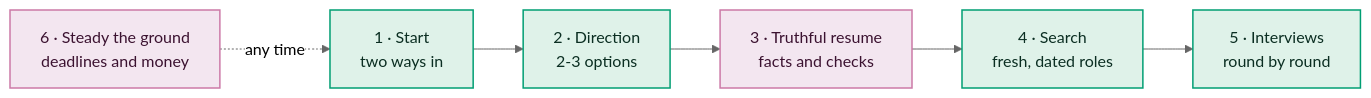
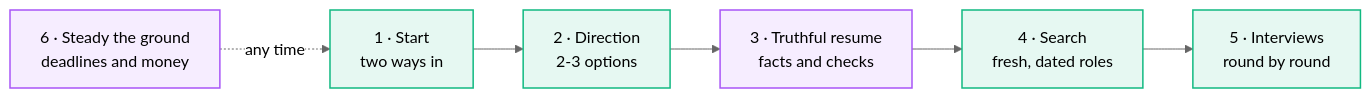
Before and after one commit to TusharSamantaray/career-copilot-mcp: the diagram in docs/TOUR.md, drawn with Mermaid (neutral theme). The commit also changed 8 other files, not shown here.

First line of the commit message:
docs: diagram palette readable on light and dark backgrounds

````diff
--- a/docs/TOUR.md
+++ b/docs/TOUR.md
@@ -9,15 +9,15 @@
 ```mermaid
 flowchart LR
-  classDef copilot fill:#DFF2E9,stroke:#009E73,color:#0B2E22,stroke-width:1.5px
-  classDef guard fill:#F3E6F0,stroke:#CC79A7,color:#3B1230,stroke-width:1.5px
+  classDef copilot fill:#10B9811A,stroke:#10B981,stroke-width:1.5px
+  classDef guard fill:#A855F71A,stroke:#A855F7,stroke-width:1.5px
 
   a["1 · Start<br/>two ways in"]:::copilot
   b["2 · Direction<br/>2-3 options"]:::copilot
   c["3 · Truthful resume<br/>facts and checks"]:::guard
   d["4 · Search<br/>fresh, dated roles"]:::copilot
   e["5 · Interviews<br/>round by round"]:::copilot
   f["6 · Steady the ground<br/>deadlines and money"]:::guard
 
   a --> b --> c --> d --> e
   f -. "any time" .-> a
 ```
````
